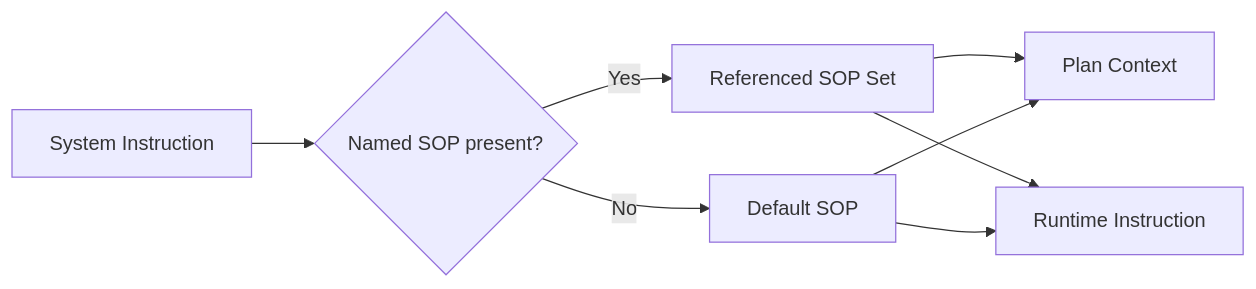
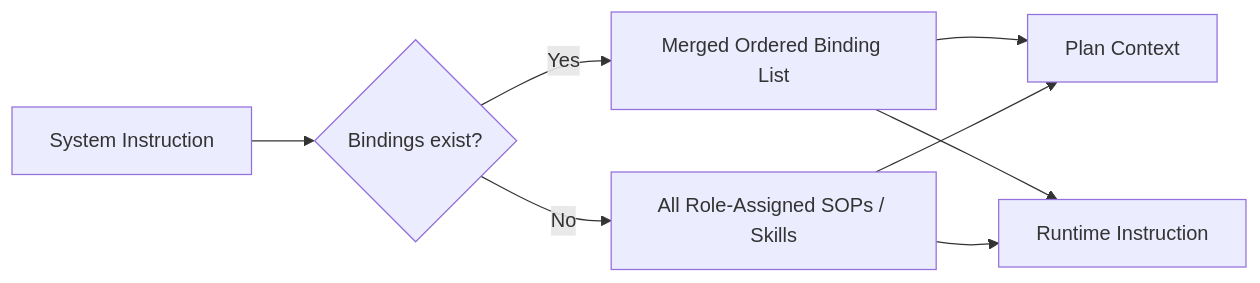
The second of 2 diagrams in docs/master/architecture/modules/agent-types.md (hurungang/parthenon), drawn with Mermaid before and after one commit. The commit also changed other lines of this file and 109 other files, not shown here.

Commit message:
feat: navigation reorg and multi sop binding

````diff
--- a/docs/master/architecture/modules/agent-types.md
+++ b/docs/master/architecture/modules/agent-types.md
@@ -28,17 +38,17 @@
 ```mermaid
 flowchart LR
     SI[System Instruction]
-    S0{Named SOP present?}
-    S1[Referenced SOP Set]
-    S2[Default SOP]
+    B0{Bindings exist?}
+    B1[Merged Ordered Binding List]
+    B2[All Role-Assigned SOPs / Skills]
     P[Plan Context]
     R[Runtime Instruction]
 
-    SI --> S0
-    S0 -->|Yes| S1
-    S0 -->|No| S2
-    S1 --> P
-    S2 --> P
-    S1 --> R
-    S2 --> R
+    SI --> B0
+    B0 -->|Yes| B1
+    B0 -->|No| B2
+    B1 --> P
+    B2 --> P
+    B1 --> R
+    B2 --> R
 ```
````
